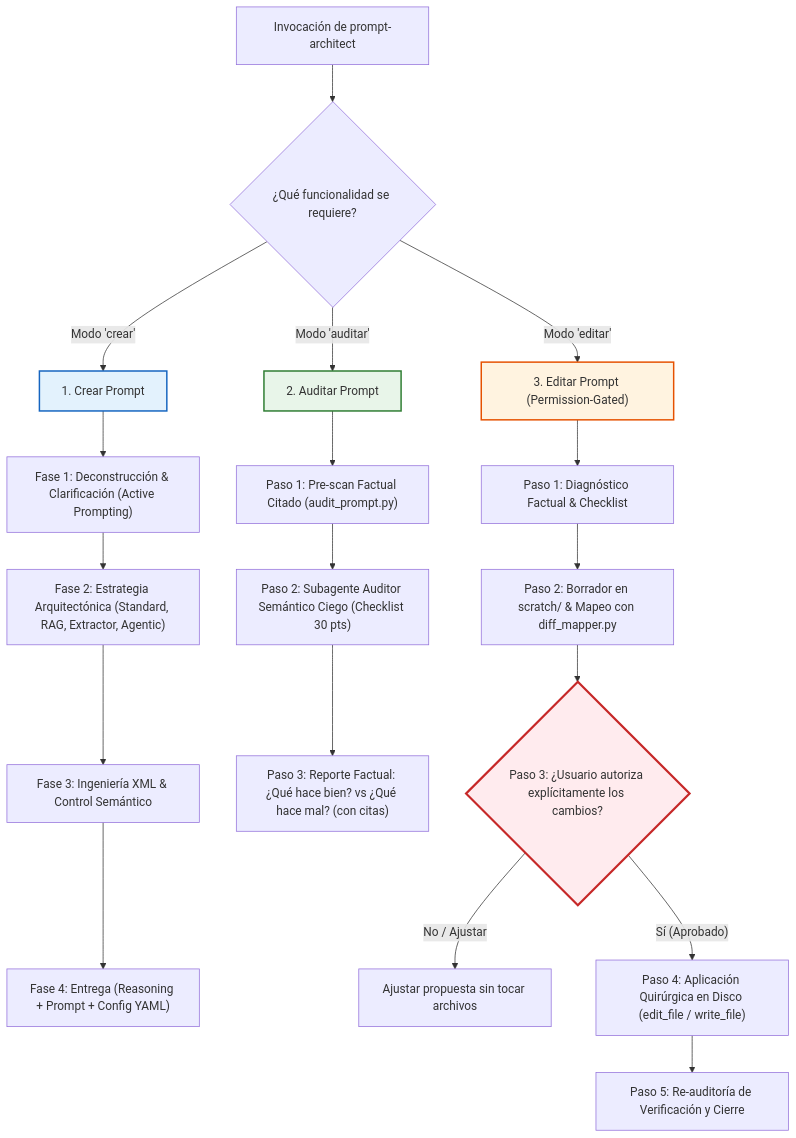
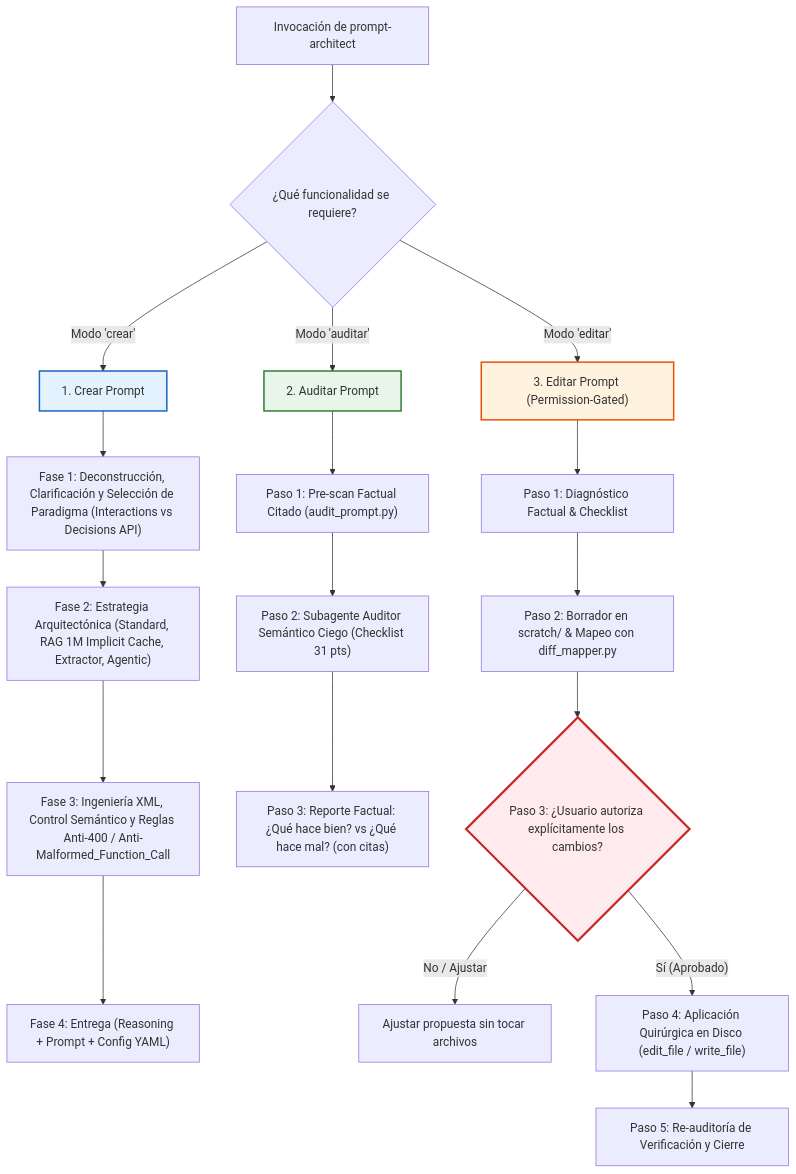
The diagram in .agents/skills/prompt-architect/SKILL.md (aguerta/Tops_academy), drawn with Mermaid before and after one commit. The commit also changed other lines of this file and 11 other files, not shown here.

Commit message:
feat(skills): update prompt-architect references, templates and calibration cases

````diff
--- a/.agents/skills/prompt-architect/SKILL.md
+++ b/.agents/skills/prompt-architect/SKILL.md
@@ -45,31 +44,31 @@
 ```mermaid
 flowchart TD
     Start["Invocación de prompt-architect"] --> SelectMode{"¿Qué funcionalidad se requiere?"}
     
     %% Modo 1: Crear
     SelectMode -- "Modo 'crear'" --> CreateFlow["1. Crear Prompt"]
-    CreateFlow --> Stage1["Fase 1: Deconstrucción & Clarificación (Active Prompting)"]
-    Stage1 --> Stage2["Fase 2: Estrategia Arquitectónica (Standard, RAG, Extractor, Agentic)"]
-    Stage2 --> Stage3["Fase 3: Ingeniería XML & Control Semántico"]
+    CreateFlow --> Stage1["Fase 1: Deconstrucción, Clarificación y Selección de Paradigma (Interactions vs Decisions API)"]
+    Stage1 --> Stage2["Fase 2: Estrategia Arquitectónica (Standard, RAG 1M Implicit Cache, Extractor, Agentic)"]
+    Stage2 --> Stage3["Fase 3: Ingeniería XML, Control Semántico y Reglas Anti-400 / Anti-Malformed_Function_Call"]
     Stage3 --> Stage4["Fase 4: Entrega (Reasoning + Prompt + Config YAML)"]
 
     %% Modo 2: Auditar
     SelectMode -- "Modo 'auditar'" --> AuditFlow["2. Auditar Prompt"]
     AuditFlow --> PreScan["Paso 1: Pre-scan Factual Citado (audit_prompt.py)"]
-    PreScan --> SubagentAudit["Paso 2: Subagente Auditor Semántico Ciego (Checklist 30 pts)"]
+    PreScan --> SubagentAudit["Paso 2: Subagente Auditor Semántico Ciego (Checklist 31 pts)"]
     SubagentAudit --> ConsolidateReport["Paso 3: Reporte Factual: ¿Qué hace bien? vs ¿Qué hace mal? (con citas)"]
 
     %% Modo 3: Editar
     SelectMode -- "Modo 'editar'" --> EditFlow["3. Editar Prompt (Permission-Gated)"]
     EditFlow --> PreAudit["Paso 1: Diagnóstico Factual & Checklist"]
     PreAudit --> DraftScratch["Paso 2: Borrador en scratch/ & Mapeo con diff_mapper.py"]
     DraftScratch --> PermissionGate{"Paso 3: ¿Usuario autoriza explícitamente los cambios?"}
     PermissionGate -- No / Ajustar --> RefineDraft["Ajustar propuesta sin tocar archivos"]
     PermissionGate -- Sí (Aprobado) --> SurgicalApply["Paso 4: Aplicación Quirúrgica en Disco (edit_file / write_file)"]
     SurgicalApply --> PostAudit["Paso 5: Re-auditoría de Verificación y Cierre"]
 
     style CreateFlow fill:#e3f2fd,stroke:#1565c0,stroke-width:2px
     style AuditFlow fill:#e8f5e9,stroke:#2e7d32,stroke-width:2px
     style EditFlow fill:#fff3e0,stroke:#e65100,stroke-width:2px
     style PermissionGate fill:#ffebee,stroke:#c62828,stroke-width:3px
 ```
````
